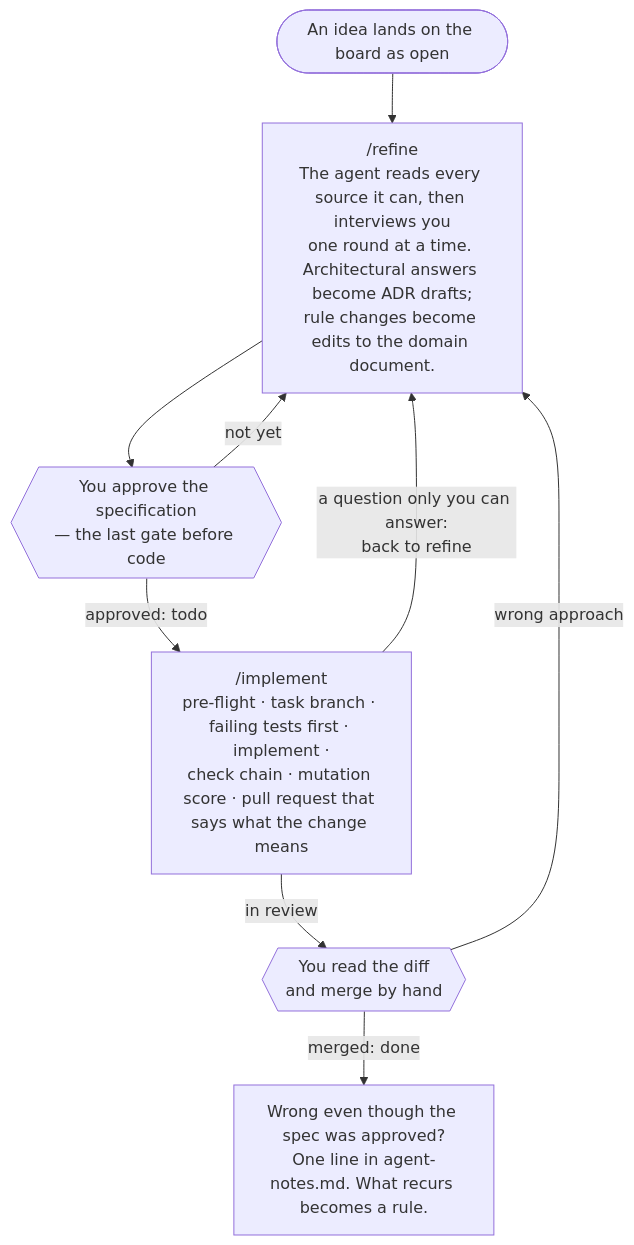
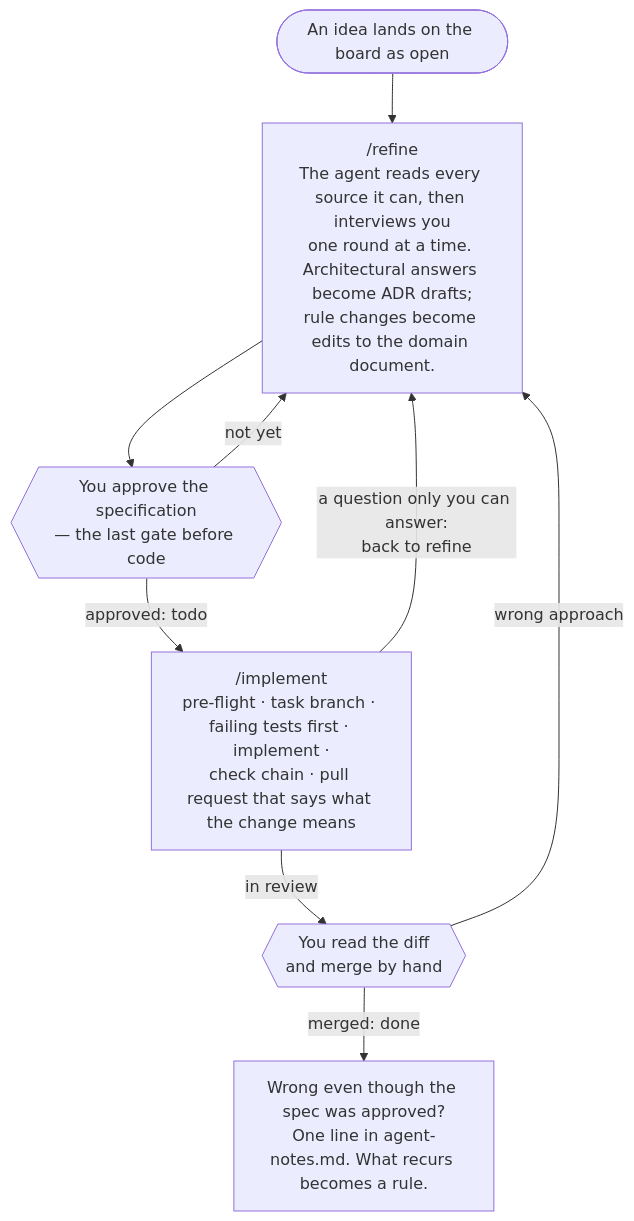
Before and after one commit to panovek/quarterdeck: the first of 2 diagrams in README.md, drawn with Mermaid. The commit also changed other lines of this file and 9 other files, not shown here.

First line of the commit message:
Move the mutation run from each task to the milestone code review

````diff
--- a/README.md
+++ b/README.md
@@ -45,18 +45,18 @@
 ```mermaid
 flowchart TD
     idea([An idea lands on the board as open])
     refine["/refine<br/>The agent reads every source it can, then interviews you<br/>one round at a time. Architectural answers become ADR drafts;<br/>rule changes become edits to the domain document."]
     approve{{"You approve the specification<br/>— the last gate before code"}}
-    impl["/implement<br/>pre-flight · task branch · failing tests first · implement ·<br/>check chain · mutation score · pull request that says what the change means"]
+    impl["/implement<br/>pre-flight · task branch · failing tests first · implement ·<br/>check chain · pull request that says what the change means"]
     review{{"You read the diff<br/>and merge by hand"}}
     notes["Wrong even though the spec was approved?<br/>One line in agent-notes.md. What recurs becomes a rule."]
 
     idea --> refine
     refine --> approve
     approve -- "not yet" --> refine
     approve -- "approved: todo" --> impl
     impl -- "a question only you can answer:<br/>back to refine" --> refine
     impl -- "in review" --> review
     review -- "wrong approach" --> refine
     review -- "merged: done" --> notes
 ```
````
